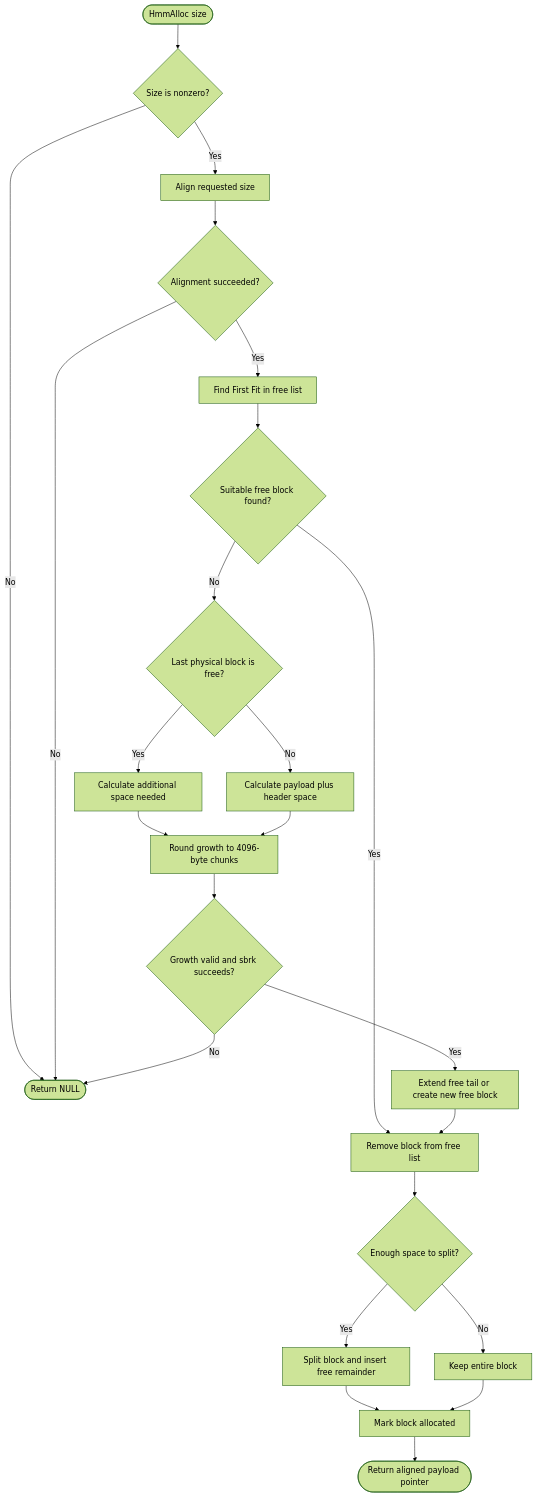
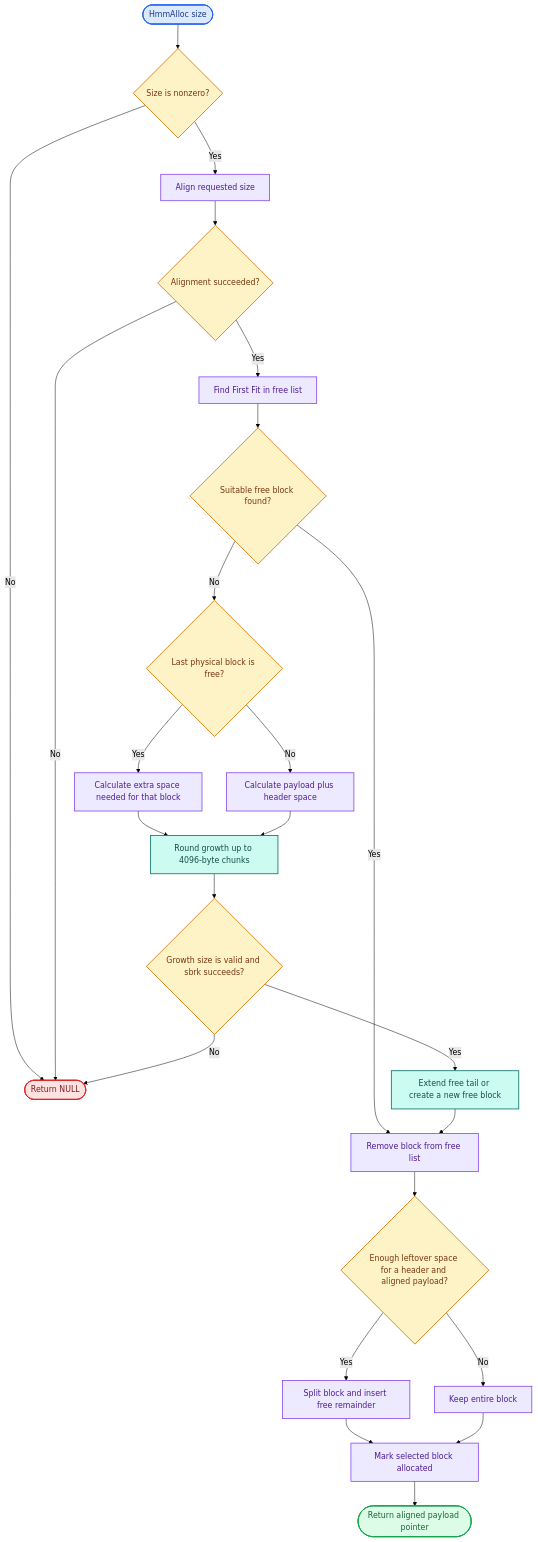
The first of 2 diagrams in FLOWCHARTS.md (adn-dodo/custom-HMM), drawn with Mermaid (forest theme) before and after one commit. The commit also changed other lines of this file, not shown here.

Commit message:
colored HMM flowcharts

````diff
--- a/FLOWCHARTS.md
+++ b/FLOWCHARTS.md
@@ -5,26 +9,41 @@
 ```mermaid
 flowchart TD
     A([HmmAlloc size]) --> B{Size is nonzero?}
     B -- No --> Z([Return NULL])
     B -- Yes --> C[Align requested size]
     C --> D{Alignment succeeded?}
     D -- No --> Z
     D -- Yes --> E[Find First Fit in free list]
     E --> F{Suitable free block found?}
     F -- Yes --> M[Remove block from free list]
     F -- No --> G{Last physical block is free?}
-    G -- Yes --> H[Calculate additional space needed]
+    G -- Yes --> H[Calculate extra space needed for that block]
     G -- No --> I[Calculate payload plus header space]
-    H --> J[Round growth to 4096-byte chunks]
+    H --> J[Round growth up to 4096-byte chunks]
     I --> J
-    J --> K{Growth valid and sbrk succeeds?}
+    J --> K{Growth size is valid and sbrk succeeds?}
     K -- No --> Z
-    K -- Yes --> L[Extend free tail or create new free block]
+    K -- Yes --> L[Extend free tail or create a new free block]
     L --> M
-    M --> N{Enough space to split?}
+    M --> N{Enough leftover space for a header and aligned payload?}
     N -- Yes --> O[Split block and insert free remainder]
     N -- No --> P[Keep entire block]
-    O --> Q[Mark block allocated]
+    O --> Q[Mark selected block allocated]
     P --> Q
     Q --> R([Return aligned payload pointer])
+
+    %% Color palette
+    classDef start fill:#DBEAFE,stroke:#2563EB,stroke-width:2px,color:#1E3A8A;
+    classDef decision fill:#FEF3C7,stroke:#D97706,stroke-width:1.7px,color:#78350F;
+    classDef process fill:#EDE9FE,stroke:#7C3AED,stroke-width:1.5px,color:#4C1D95;
+    classDef memory fill:#CCFBF1,stroke:#0F766E,stroke-width:1.7px,color:#134E4A;
+    classDef stop fill:#FEE2E2,stroke:#DC2626,stroke-width:2px,color:#7F1D1D;
+    classDef success fill:#DCFCE7,stroke:#16A34A,stroke-width:2px,color:#166534;
+
+    class A start;
+    class B,D,F,G,K,N decision;
+    class C,E,H,I,M,O,P,Q process;
+    class J,L memory;
+    class Z stop;
+    class R success;
 ```
````
